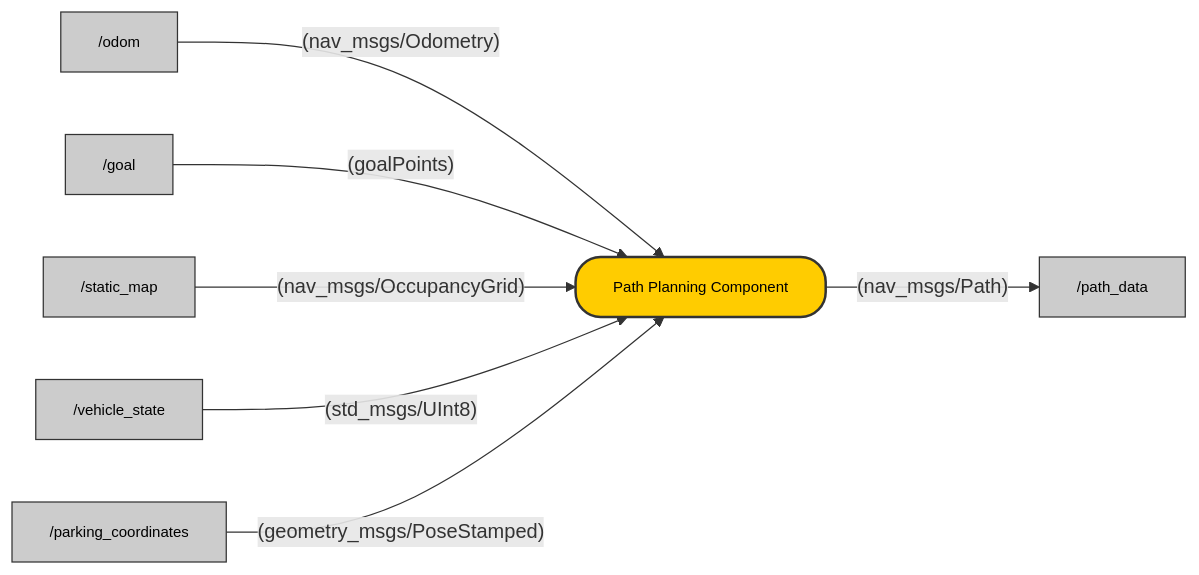
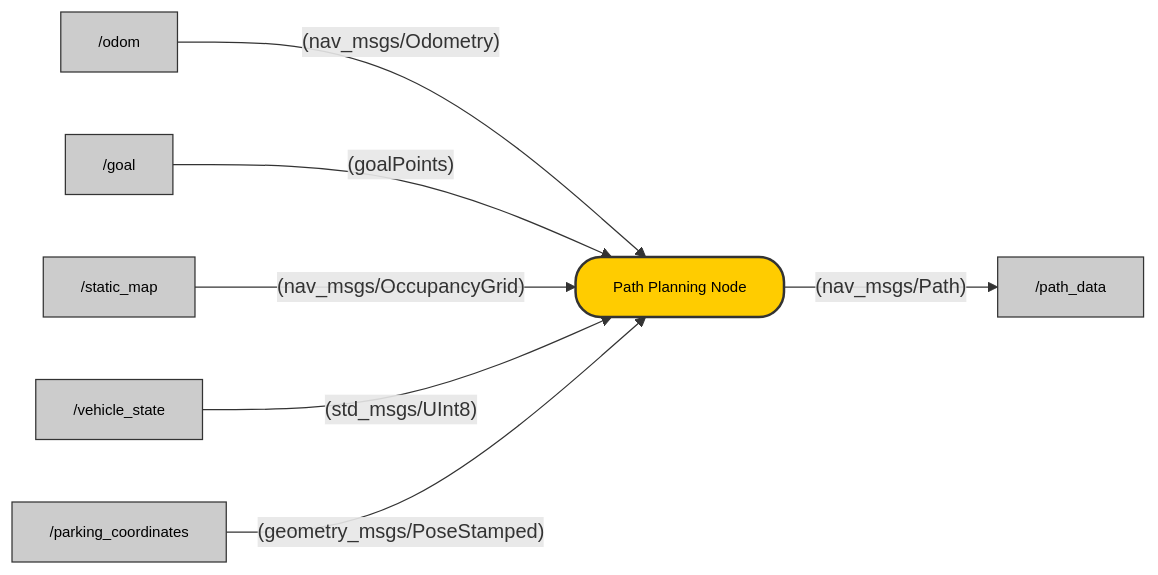
Before and after one commit to Savaliya-Ravi/Path_planning: the diagram in README.md, drawn with Mermaid. The commit also changed other lines of this file, not shown here.

````diff
--- a/README.md
+++ b/README.md
@@ -20,18 +30,18 @@
 ```mermaid
 graph LR
-    Odom["/odom"] -->|"(nav_msgs/Odometry)"| PathPlanning["Path Planning Component"]
+    Odom["/odom"] -->|"(nav_msgs/Odometry)"| PathPlanning["Path Planning Node"]
     Goal["/goal"] -->|"(goalPoints)"| PathPlanning
     Map["/static_map"] -->|"(nav_msgs/OccupancyGrid)"| PathPlanning
     Decision["/vehicle_state"] -->|"(std_msgs/UInt8)"| PathPlanning
     Parking["/parking_coordinates"] -->|"(geometry_msgs/PoseStamped)"| PathPlanning
 
     PathPlanning -->|"(nav_msgs/Path)"| PathData["/path_data"]
 
     %% Styling
     class PathPlanning yellowRounded;
     class Odom,Goal,Map,Decision,Parking,PathData graySquare;
 
     %% Class definitions
     classDef yellowRounded fill:#ffcc00,stroke:#333333,stroke-width:2px,rx:20,ry:20,color:#000000,font-size:12px,text-align:center;
     classDef graySquare fill:#cccccc,stroke:#333333,stroke-width:1px,rx:0,ry:0,color:#000000,font-size:12px,text-align:center;
 ```
````
